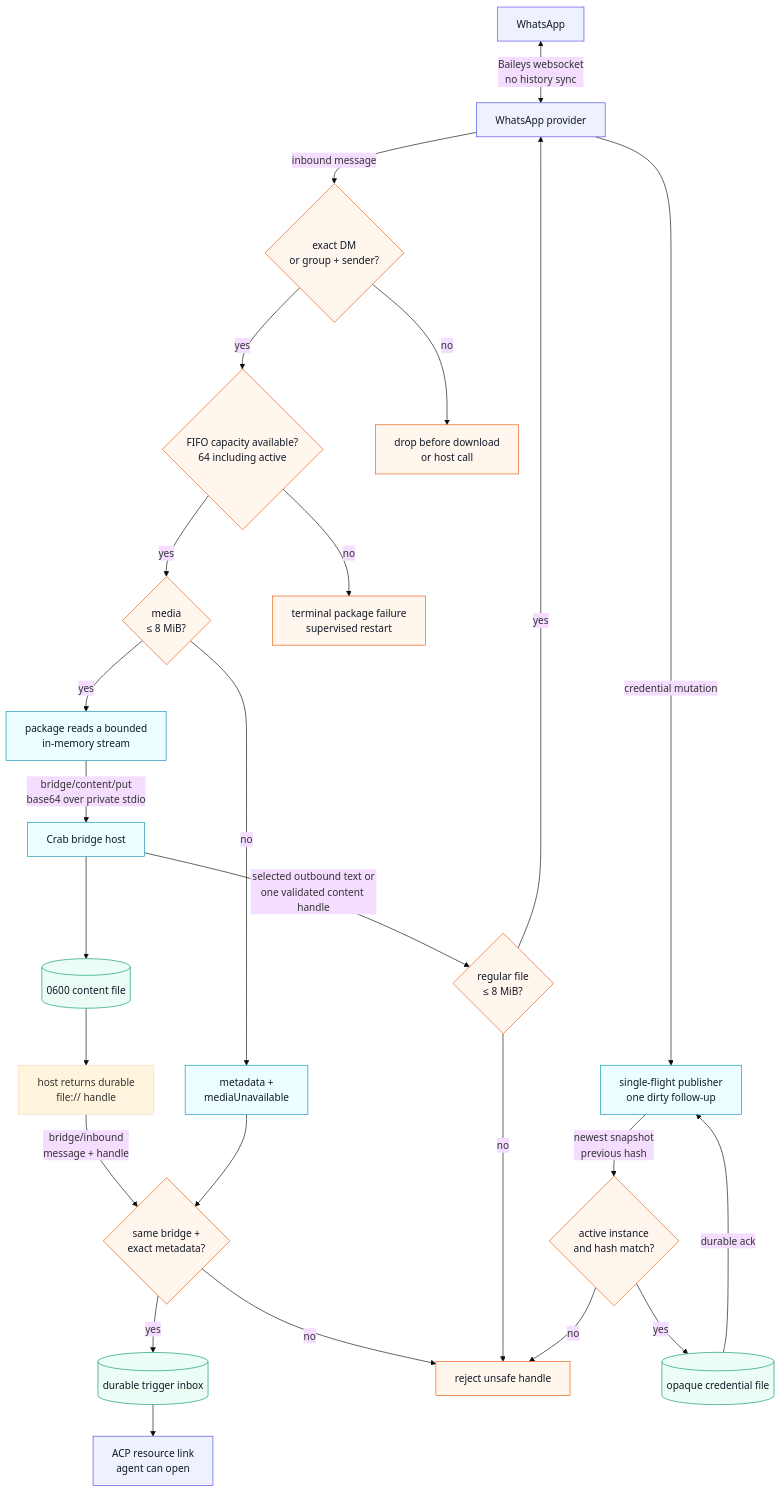
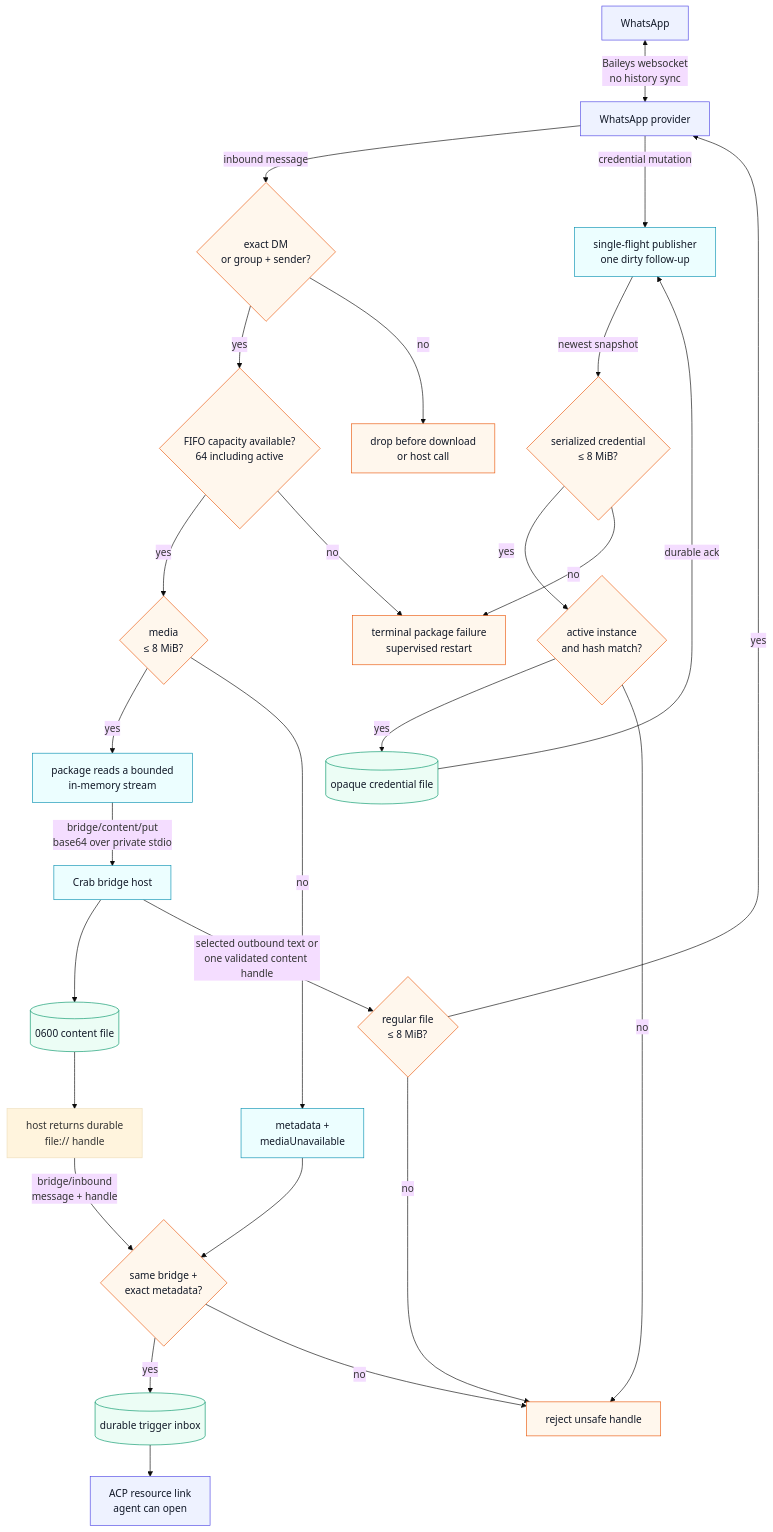
One commit to fontanierh/crab changed the diagram in v2/bridges/whatsapp/architecture.mmd. Above: the diagram before and after it, drawn with Mermaid (base theme). The commit also changed 7 other files, not shown here.

```diff
--- a/v2/bridges/whatsapp/architecture.mmd
+++ b/v2/bridges/whatsapp/architecture.mmd
@@ -1,35 +1,37 @@
 flowchart TB
     WA["WhatsApp"] <-->|"Baileys websocket<br/>no history sync"| PKG["WhatsApp provider"]
     PKG -->|"inbound message"| POLICY{"exact DM<br/>or group + sender?"}
     POLICY -->|yes| PUMP{"FIFO capacity available?<br/>64 including active"}
     POLICY -->|no| DROP["drop before download<br/>or host call"]
     PUMP -->|yes| LIMIT{"media<br/>≤ 8 MiB?"}
     PUMP -->|no| RESTART["terminal package failure<br/>supervised restart"]
     LIMIT -->|yes| STREAM["package reads a bounded<br/>in-memory stream"]
     STREAM -->|"bridge/content/put<br/>base64 over private stdio"| HOST["Crab bridge host"]
     HOST --> PRIVATE[("0600 content file")]
     PRIVATE --> HANDLE["host returns durable<br/>file:// handle"]
     HANDLE -->|"bridge/inbound<br/>message + handle"| VALIDATE{"same bridge +<br/>exact metadata?"}
     VALIDATE -->|yes| INBOX[("durable trigger inbox")]
     INBOX --> ACP["ACP resource link<br/>agent can open"]
     LIMIT -->|no| META["metadata +<br/>mediaUnavailable"]
     META --> VALIDATE
     VALIDATE -->|no| REJECT["reject unsafe handle"]
 
     HOST -->|"selected outbound text or<br/>one validated content handle"| OUT{"regular file<br/>≤ 8 MiB?"}
     OUT -->|yes| PKG
     OUT -->|no| REJECT
     PKG -->|"credential mutation"| PUBLISH["single-flight publisher<br/>one dirty follow-up"]
-    PUBLISH -->|"newest snapshot<br/>previous hash"| CAS{"active instance<br/>and hash match?"}
+    PUBLISH -->|"newest snapshot"| CREDLIMIT{"serialized credential<br/>≤ 8 MiB?"}
+    CREDLIMIT -->|yes| CAS{"active instance<br/>and hash match?"}
+    CREDLIMIT -->|no| RESTART
     CAS -->|yes| CREDS[("opaque credential file")]
     CREDS -->|"durable ack"| PUBLISH
     CAS -->|no| REJECT
 
     classDef service fill:#eef2ff,stroke:#4f46e5,color:#111827;
     classDef action fill:#ecfeff,stroke:#0891b2,color:#111827;
     classDef durable fill:#ecfdf5,stroke:#059669,color:#111827;
     classDef guard fill:#fff7ed,stroke:#ea580c,color:#111827;
     class WA,PKG,ACP service;
     class STREAM,HOST,META,PUBLISH action;
     class PRIVATE,INBOX,CREDS durable;
-    class POLICY,PUMP,LIMIT,VALIDATE,OUT,CAS,REJECT,DROP,RESTART guard;
+    class POLICY,PUMP,LIMIT,VALIDATE,OUT,CREDLIMIT,CAS,REJECT,DROP,RESTART guard;
```
